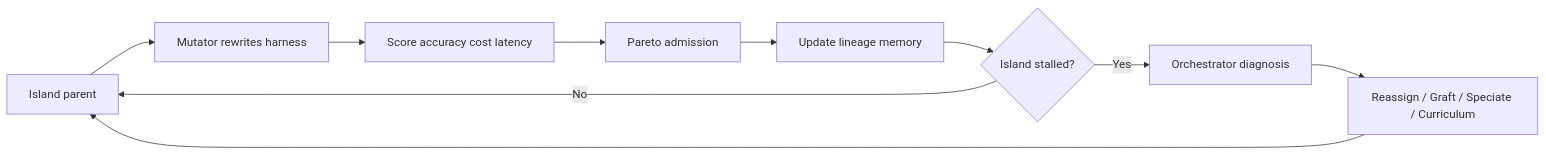
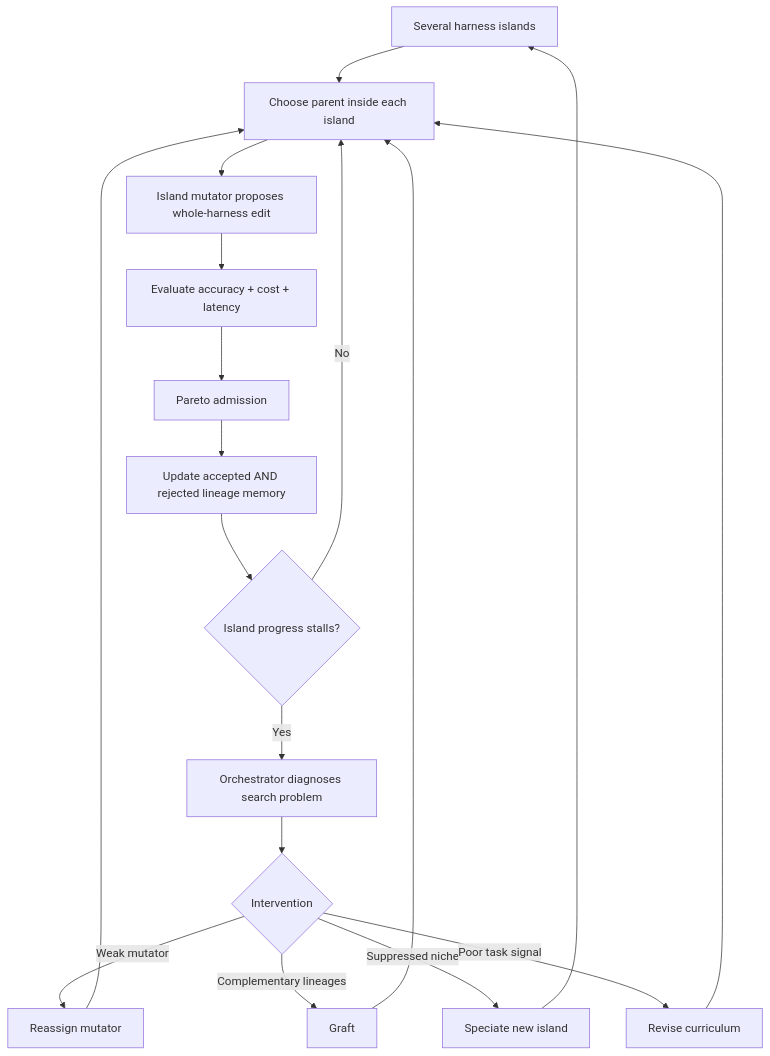
The diagram in _analyses/2609.38349.md (ShadowKingYT444/harness-papers-daily), drawn with Mermaid before and after one commit. The commit also changed other lines of this file and 37 other files, not shown here.

````diff
--- a/_analyses/2609.38349.md
+++ b/_analyses/2609.38349.md
@@ -22,12 +49,20 @@
-```mermaid
-flowchart LR
-    A[Island parent] --> B[Mutator rewrites harness]
-    B --> C[Score accuracy cost latency]
-    C --> D[Pareto admission]
-    D --> E[Update lineage memory]
-    E --> F{Island stalled?}
-    F -- No --> A
-    F -- Yes --> G[Orchestrator diagnosis]
-    G --> H[Reassign / Graft / Speciate / Curriculum]
-    H --> A
-```
+~~~mermaid
+flowchart TD
+    A["Several harness islands"] --> B["Choose parent inside each island"]
+    B --> C["Island mutator proposes whole-harness edit"]
+    C --> D["Evaluate accuracy + cost + latency"]
+    D --> E["Pareto admission"]
+    E --> F["Update accepted AND rejected lineage memory"]
+    F --> G{"Island progress stalls?"}
+    G -- "No" --> B
+    G -- "Yes" --> H["Orchestrator diagnoses search problem"]
+    H --> I{"Intervention"}
+    I -->|Weak mutator| J["Reassign mutator"]
+    I -->|Complementary lineages| K["Graft"]
+    I -->|Suppressed niche| L["Speciate new island"]
+    I -->|Poor task signal| M["Revise curriculum"]
+    J --> B
+    K --> B
+    L --> A
+    M --> B
+~~~
````
